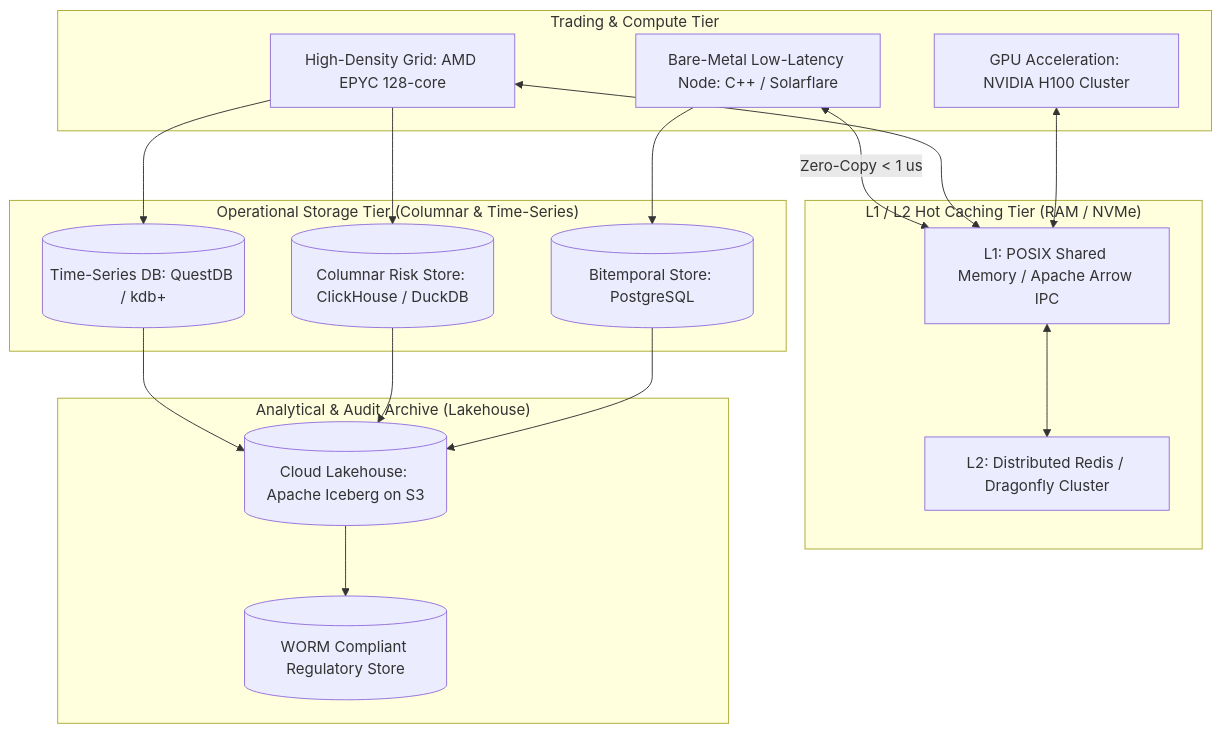
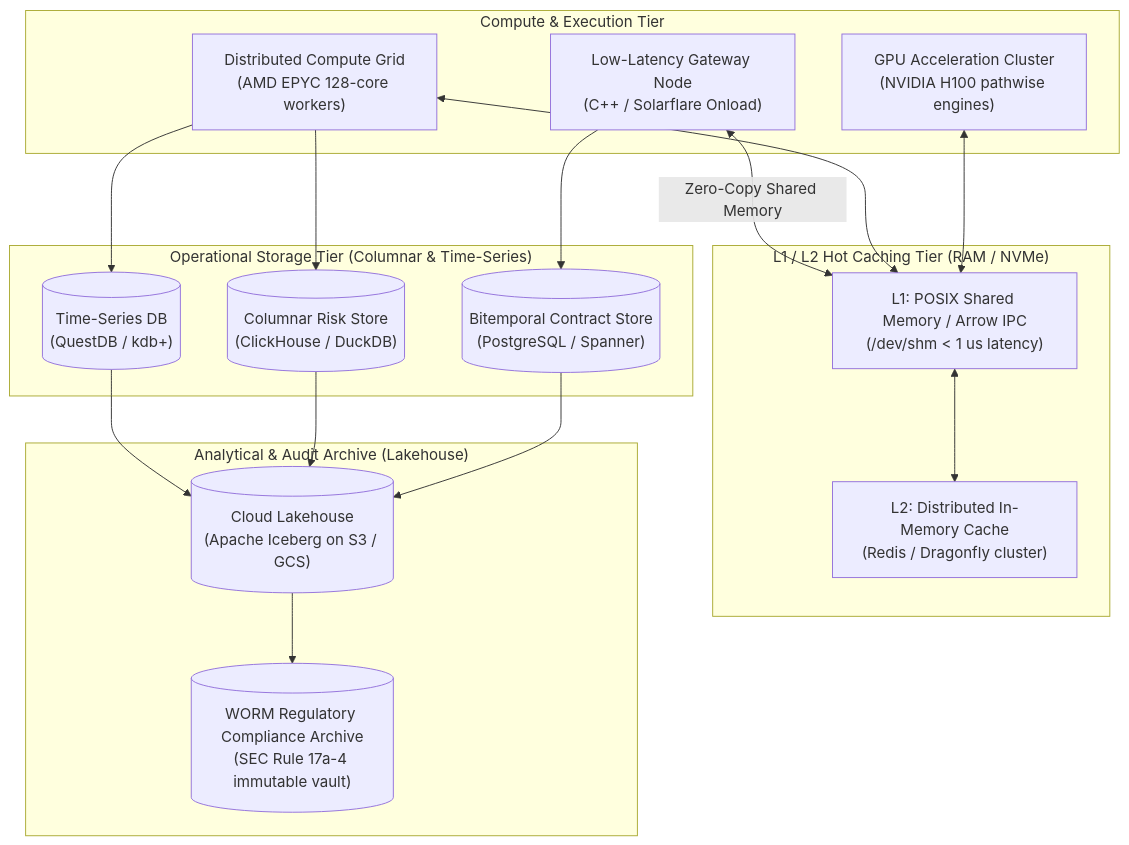
One commit to shreejitverma/The-Quant-Prep changed the diagram in 18-Pricing-and-Risk-Systems/14-Storage-and-Compute.md. Above: the diagram before and after it, drawn with Mermaid. The commit also changed other lines of this file and 25 other files, not shown here.

````diff
--- a/18-Pricing-and-Risk-Systems/14-Storage-and-Compute.md
+++ b/18-Pricing-and-Risk-Systems/14-Storage-and-Compute.md
@@ -49,38 +47,38 @@
 ```mermaid
 flowchart TB
-    subgraph ExecutionLayer["Trading & Compute Tier"]
-        HFTNode[Bare-Metal Low-Latency Node: C++ / Solarflare]
-        GridWorkers[High-Density Grid: AMD EPYC 128-core]
-        GPUGrid[GPU Acceleration: NVIDIA H100 Cluster]
+    subgraph ComputeTier["Compute & Execution Tier"]
+        HFTNode["Low-Latency Gateway Node\n(C++ / Solarflare Onload)"]
+        GridWorkers["Distributed Compute Grid\n(AMD EPYC 128-core workers)"]
+        GPUGrid["GPU Acceleration Cluster\n(NVIDIA H100 pathwise engines)"]
     end
 
     subgraph HotTier["L1 / L2 Hot Caching Tier (RAM / NVMe)"]
-        SharedMem[L1: POSIX Shared Memory / Apache Arrow IPC]
-        RedisCluster[L2: Distributed Redis / Dragonfly Cluster]
+        SharedMem["L1: POSIX Shared Memory / Arrow IPC\n(/dev/shm < 1 us latency)"]
+        RedisCluster["L2: Distributed In-Memory Cache\n(Redis / Dragonfly cluster)"]
     end
 
     subgraph WarmTier["Operational Storage Tier (Columnar & Time-Series)"]
-        TickDB[(Time-Series DB: QuestDB / kdb+)]
-        RiskOLAP[(Columnar Risk Store: ClickHouse / DuckDB)]
-        TradeDB[(Bitemporal Store: PostgreSQL)]
+        TickDB[("Time-Series DB\n(QuestDB / kdb+)")]
+        RiskOLAP[("Columnar Risk Store\n(ClickHouse / DuckDB)")]
+        TradeDB[("Bitemporal Contract Store\n(PostgreSQL / Spanner)")]
     end
 
     subgraph ColdTier["Analytical & Audit Archive (Lakehouse)"]
-        IcebergLake[(Cloud Lakehouse: Apache Iceberg on S3)]
-        RegArchive[(WORM Compliant Regulatory Store)]
+        IcebergLake[("Cloud Lakehouse\n(Apache Iceberg on S3 / GCS)")]
+        RegArchive[("WORM Regulatory Compliance Archive\n(SEC Rule 17a-4 immutable vault)")]
     end
 
-    HFTNode <-->|Zero-Copy < 1 us| SharedMem
+    HFTNode <-->|Zero-Copy Shared Memory| SharedMem
     GridWorkers <--> SharedMem
     GPUGrid <--> SharedMem
 
     SharedMem <--> RedisCluster
     GridWorkers --> TickDB
     GridWorkers --> RiskOLAP
     HFTNode --> TradeDB
 
     TickDB --> IcebergLake
     RiskOLAP --> IcebergLake
     TradeDB --> IcebergLake
     IcebergLake --> RegArchive
 ```
````
